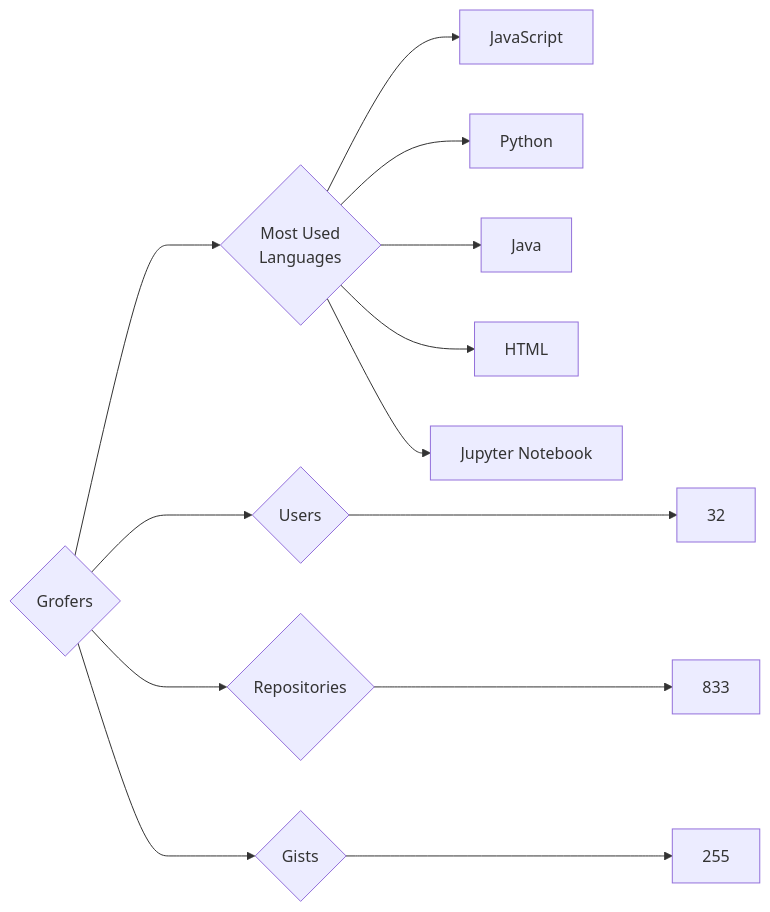
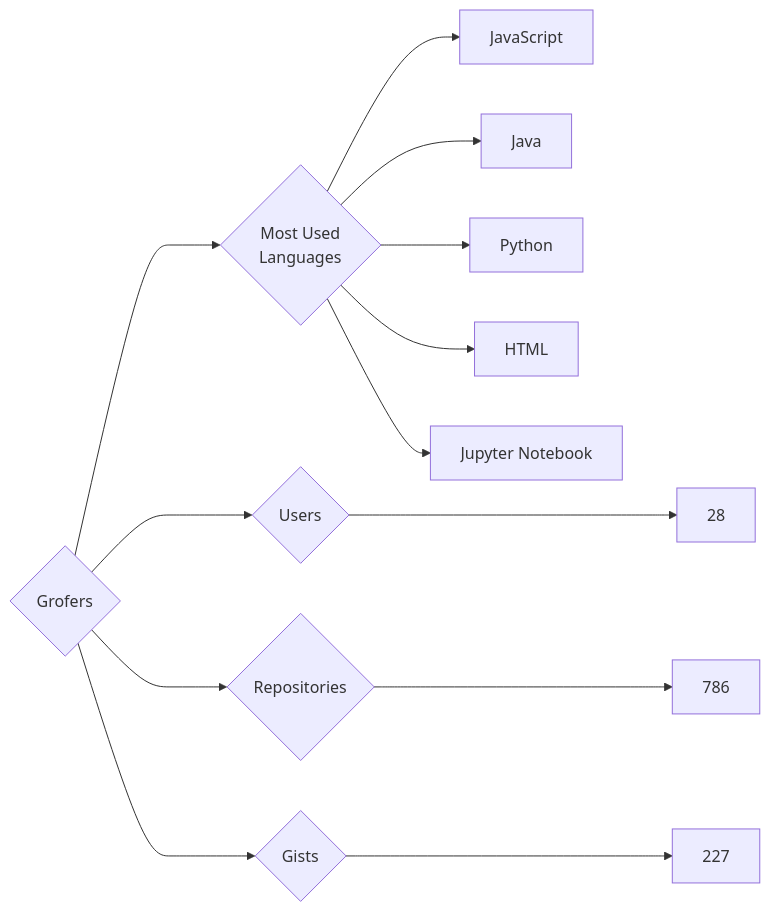
One commit to trickest/insiders changed the diagram in targets/Grofers/README.md. Above: the diagram before and after it, drawn with Mermaid. The commit also changed 681 other files, not shown here.

````diff
--- a/targets/Grofers/README.md
+++ b/targets/Grofers/README.md
@@ -3,13 +3,13 @@
 ```mermaid
 graph LR
 COMPANY_NAME{Grofers}
-COMPANY_NAME ---> U{Users} ---> UN[32]
-COMPANY_NAME ---> R{Repositories} ---> RN[833]
-COMPANY_NAME ---> G{Gists} ---> GN[255]
+COMPANY_NAME ---> U{Users} ---> UN[28]
+COMPANY_NAME ---> R{Repositories} ---> RN[786]
+COMPANY_NAME ---> G{Gists} ---> GN[227]
 COMPANY_NAME ---> ML{Most Used<br>Languages}
 ML --> JavaScript[JavaScript]
+ML --> Java[Java]
 ML --> Python[Python]
-ML --> Java[Java]
 ML --> HTML[HTML]
 ML --> Jupyter_Notebook[Jupyter Notebook]
 ```
````
